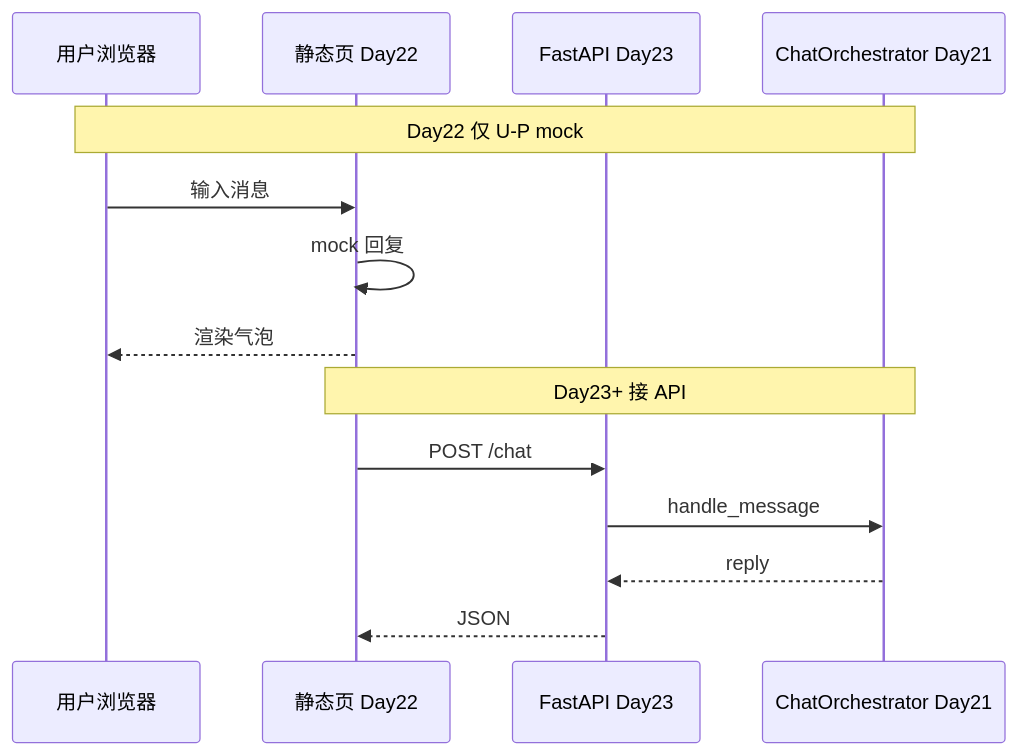
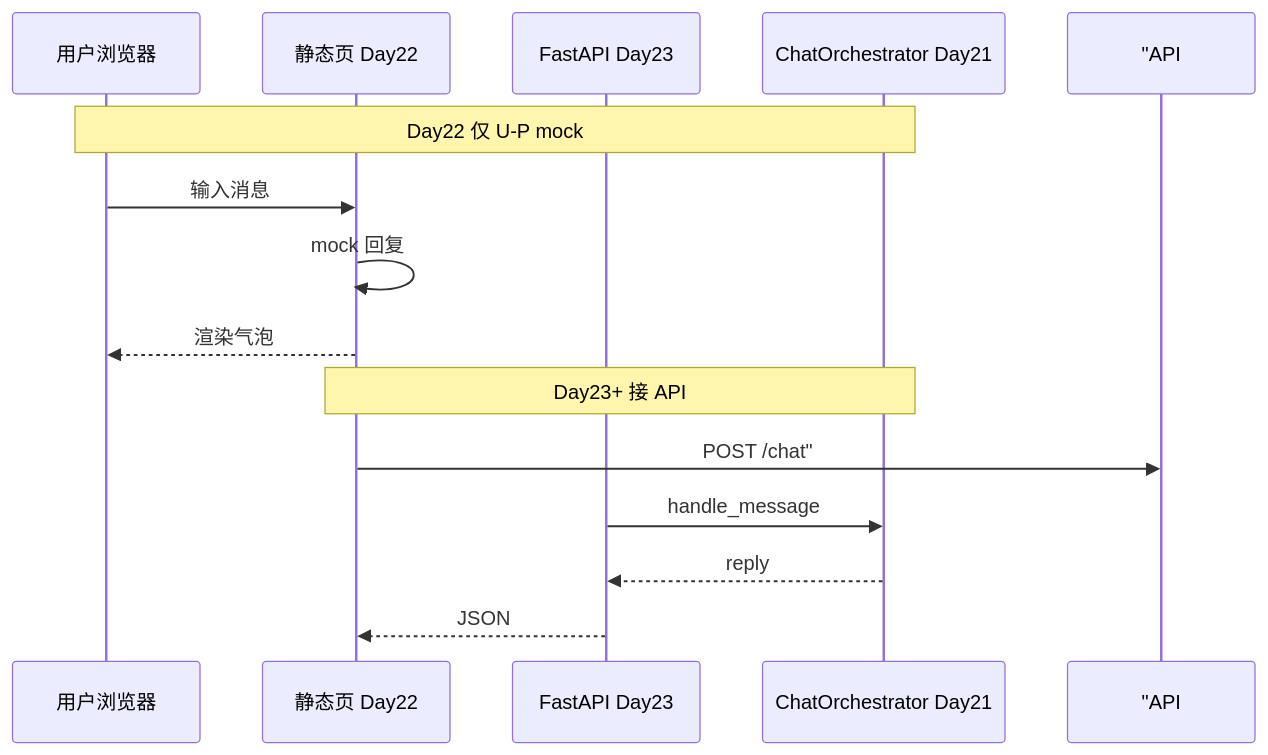
Before and after one commit to ab6539763/70_days_course_plus: the second of 2 diagrams in course/day21/27_Day22前端速成预习.md, drawn with Mermaid. The commit also changed 134 other files, not shown here.

````diff
--- a/course/day21/27_Day22前端速成预习.md
+++ b/course/day21/27_Day22前端速成预习.md
@@ -151,18 +151,18 @@
 ```mermaid
 sequenceDiagram
     participant U as 用户浏览器
     participant P as 静态页 Day22
     participant API as FastAPI Day23
     participant O as ChatOrchestrator Day21
 
     Note over U,O: Day22 仅 U-P mock
     U->>P: 输入消息
     P->>P: mock 回复
     P-->>U: 渲染气泡
 
     Note over P,O: Day23+ 接 API
-    P->>API: POST /chat
+    P->> "API: POST /chat"
     API->>O: handle_message
     O-->>API: reply
     API-->>P: JSON
 ```
````
